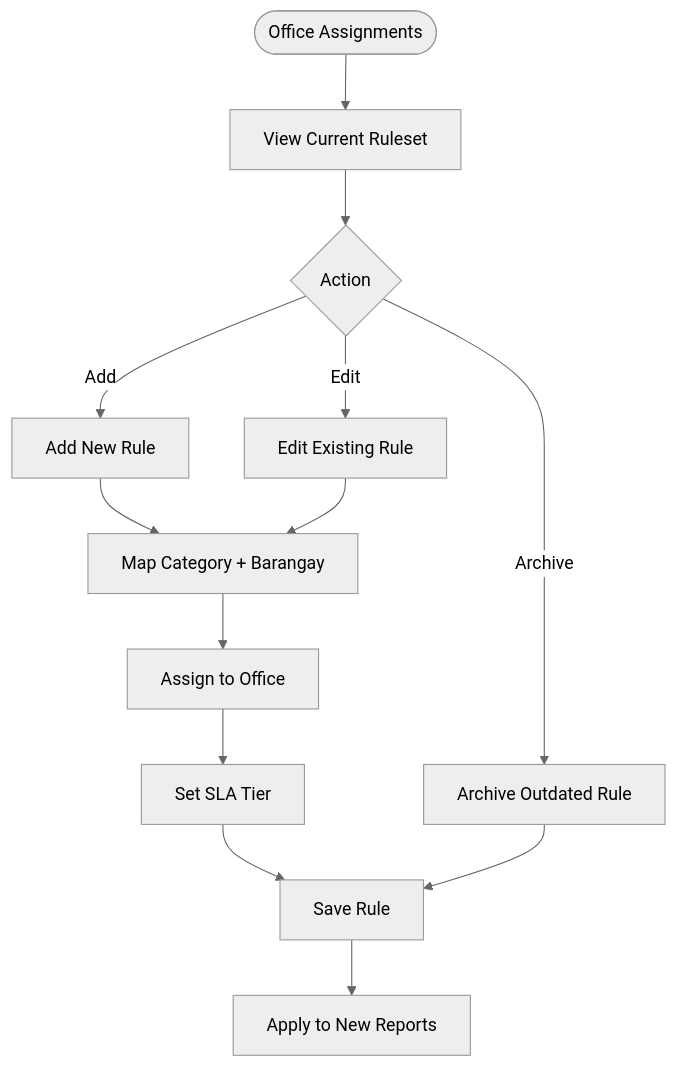
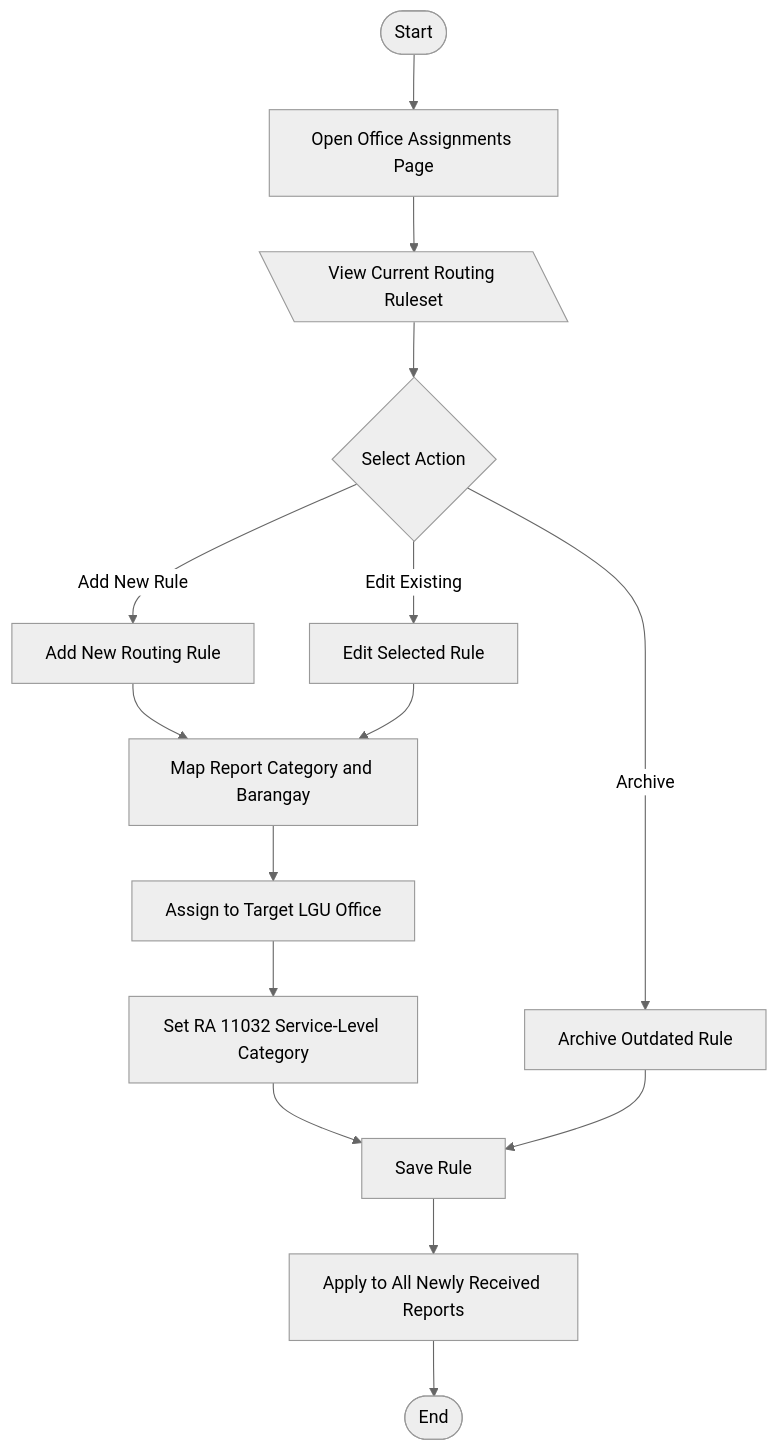
The tenth of 25 diagrams in Manuscript/diagrams.md (MellowLaw/AGAPP), drawn with Mermaid (neutral theme) before and after one commit. The commit also changed other lines of this file and 1 other file, not shown here.

Commit message:
feat: update diagrams and figures documentation with detailed flowcharts and wireframes for AGAPP

````diff
--- a/Manuscript/diagrams.md
+++ b/Manuscript/diagrams.md
@@ -211,15 +264,17 @@
 ```mermaid
 flowchart TD
-    Start([Office Assignments]) --> View[View Current Ruleset]
-    View --> Action{Action}
-    Action -->|Add| Add[Add New Rule]
-    Action -->|Edit| Edit[Edit Existing Rule]
+    Start([Start]) --> Open[Open Office Assignments Page]
+    Open --> View[\View Current Routing Ruleset\]
+    View --> Action{Select Action}
+    Action -->|Add New Rule| Add[Add New Routing Rule]
+    Action -->|Edit Existing| Edit[Edit Selected Rule]
     Action -->|Archive| Archive[Archive Outdated Rule]
-    Add --> Map[Map Category + Barangay]
+    Add --> Map[Map Report Category and Barangay]
     Edit --> Map
-    Map --> Office[Assign to Office]
-    Office --> SLA[Set SLA Tier]
+    Map --> Office[Assign to Target LGU Office]
+    Office --> SLA[Set RA 11032 Service-Level Category]
     SLA --> Save[Save Rule]
     Archive --> Save
-    Save --> Apply[Apply to New Reports]
+    Save --> Apply[Apply to All Newly Received Reports]
+    Apply --> End([End])
 ```
````
